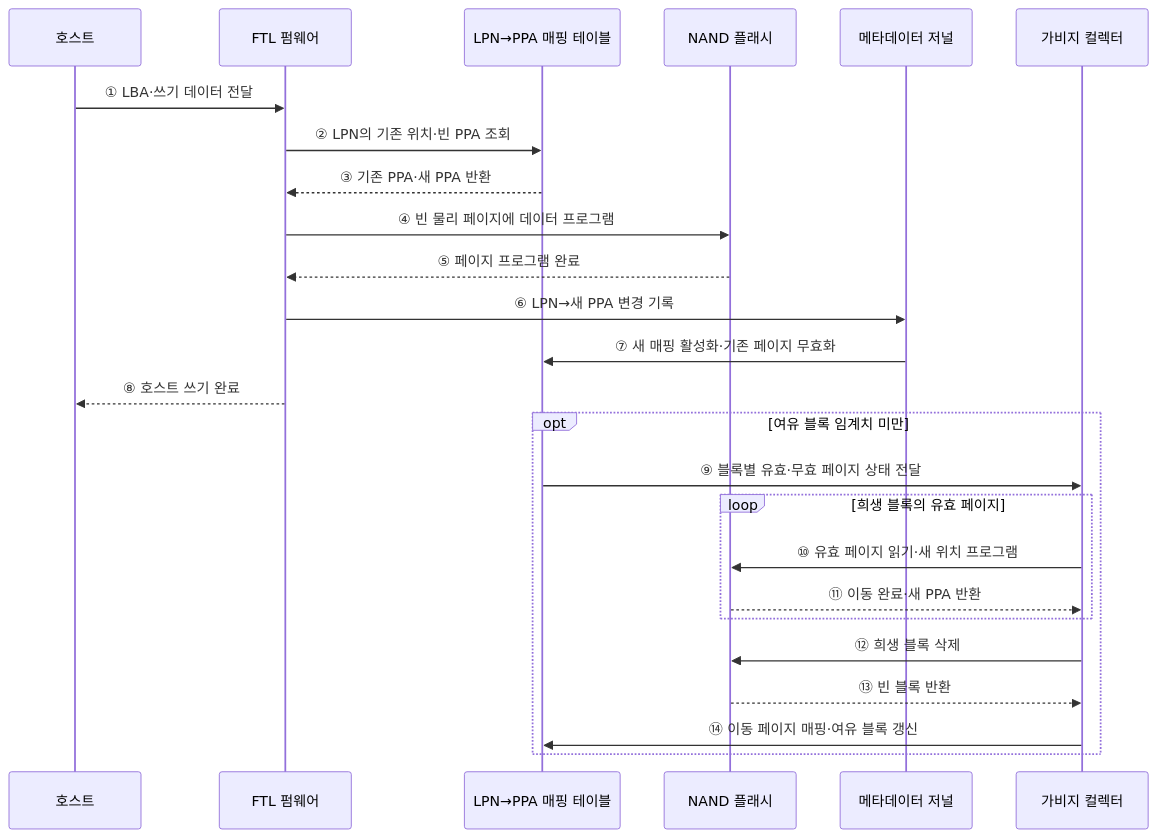
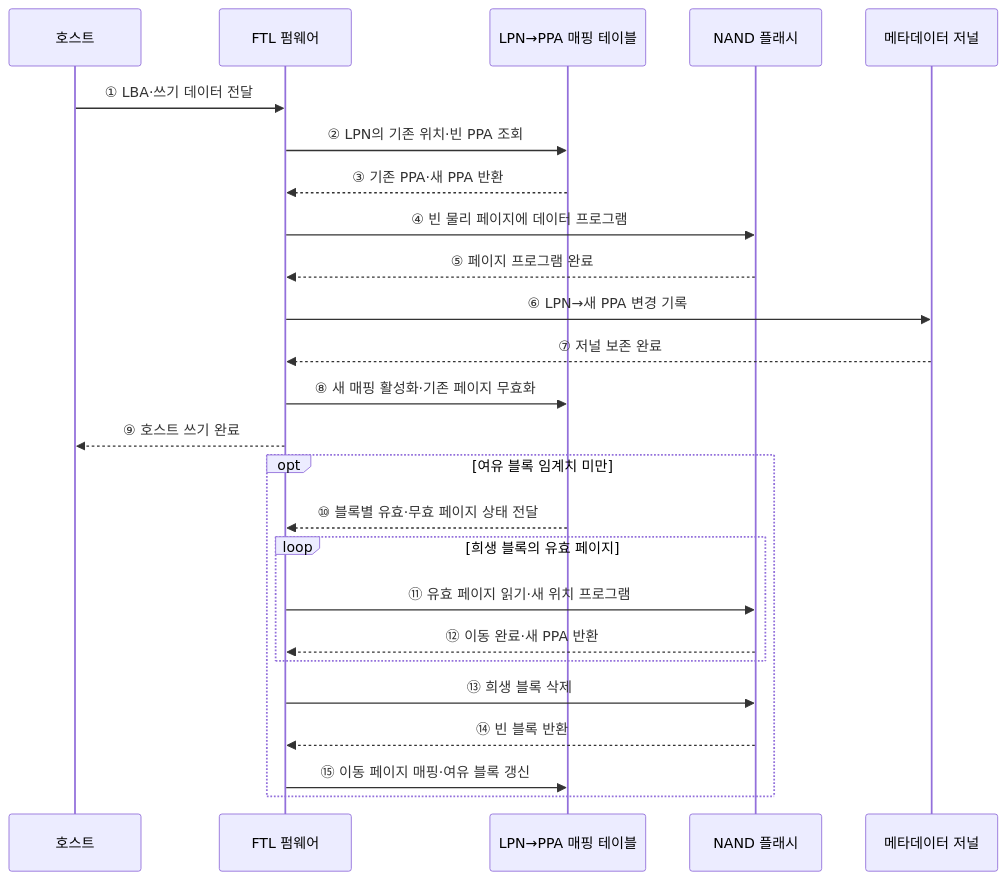
The second of 2 diagrams in src/content/docs/notes/02-hardware/030_ssd_ftl.md (agnusdei1207/knowledge-base), drawn with Mermaid before and after one commit. The commit also changed other lines of this file and 20 other files, not shown here.

````diff
--- a/src/content/docs/notes/02-hardware/030_ssd_ftl.md
+++ b/src/content/docs/notes/02-hardware/030_ssd_ftl.md
@@ -102,28 +93,28 @@
 ```mermaid
 sequenceDiagram
     participant H as 호스트
     participant F as FTL 펌웨어
     participant M as LPN→PPA 매핑 테이블
     participant N as NAND 플래시
     participant J as 메타데이터 저널
-    participant G as 가비지 컬렉터
 
     H->>F: ① LBA·쓰기 데이터 전달
     F->>M: ② LPN의 기존 위치·빈 PPA 조회
     M-->>F: ③ 기존 PPA·새 PPA 반환
     F->>N: ④ 빈 물리 페이지에 데이터 프로그램
     N-->>F: ⑤ 페이지 프로그램 완료
     F->>J: ⑥ LPN→새 PPA 변경 기록
-    J->>M: ⑦ 새 매핑 활성화·기존 페이지 무효화
-    F-->>H: ⑧ 호스트 쓰기 완료
+    J-->>F: ⑦ 저널 보존 완료
+    F->>M: ⑧ 새 매핑 활성화·기존 페이지 무효화
+    F-->>H: ⑨ 호스트 쓰기 완료
     opt 여유 블록 임계치 미만
-        M->>G: ⑨ 블록별 유효·무효 페이지 상태 전달
+        M-->>F: ⑩ 블록별 유효·무효 페이지 상태 전달
         loop 희생 블록의 유효 페이지
-            G->>N: ⑩ 유효 페이지 읽기·새 위치 프로그램
-            N-->>G: ⑪ 이동 완료·새 PPA 반환
+            F->>N: ⑪ 유효 페이지 읽기·새 위치 프로그램
+            N-->>F: ⑫ 이동 완료·새 PPA 반환
         end
-        G->>N: ⑫ 희생 블록 삭제
-        N-->>G: ⑬ 빈 블록 반환
-        G->>M: ⑭ 이동 페이지 매핑·여유 블록 갱신
+        F->>N: ⑬ 희생 블록 삭제
+        N-->>F: ⑭ 빈 블록 반환
+        F->>M: ⑮ 이동 페이지 매핑·여유 블록 갱신
     end
 ```
````
